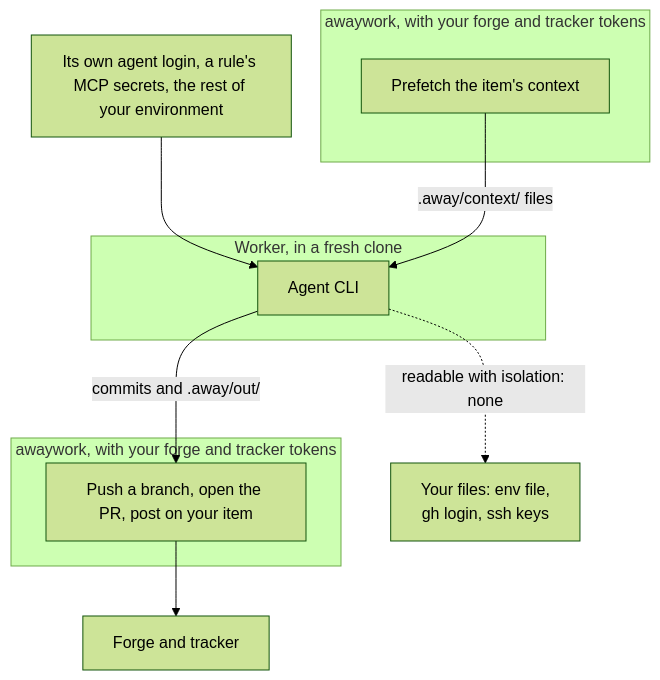
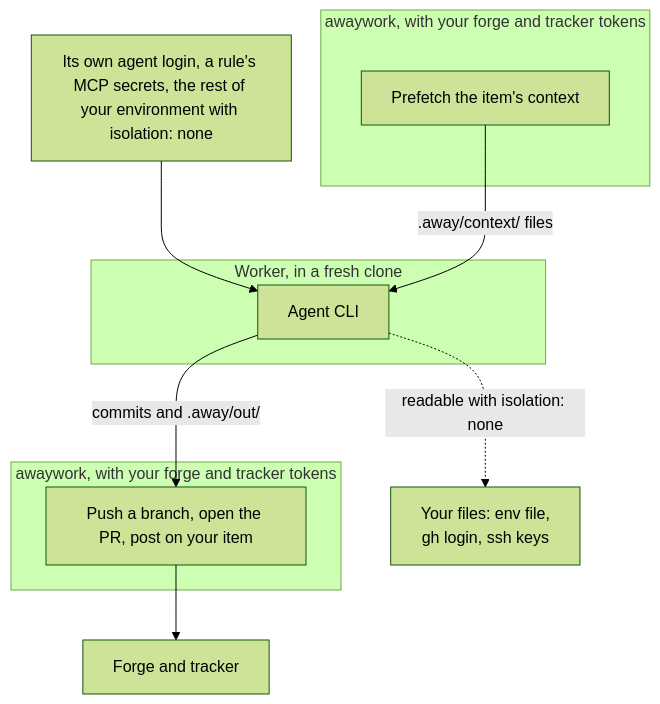
The diagram in docs/guide/safety/index.md (AndreaProvenzale/awaywork), drawn with Mermaid (forest theme) before and after one commit. The commit also changed other lines of this file and 16 other files, not shown here.

````diff
--- a/docs/guide/safety/index.md
+++ b/docs/guide/safety/index.md
@@ -22,17 +22,17 @@
 ```mermaid
 flowchart TD
   subgraph before["awaywork, with your forge and tracker tokens"]
     prefetch["Prefetch the item's context"]
   end
   subgraph worker["Worker, in a fresh clone"]
     agent["Agent CLI"]
   end
   subgraph after["awaywork, with your forge and tracker tokens"]
     publish["Push a branch, open the PR, post on your item"]
   end
-  login["Its own agent login, a rule's MCP secrets, the rest of your environment"] --> agent
+  login["Its own agent login, a rule's MCP secrets, the rest of your environment with isolation: none"] --> agent
   prefetch -- ".away/context/ files" --> agent
   agent -- "commits and .away/out/" --> publish
   publish --> forge["Forge and tracker"]
   agent -. "readable with isolation: none" .-> home["Your files: env file,<br/>gh login, ssh keys"]
 ```
````
